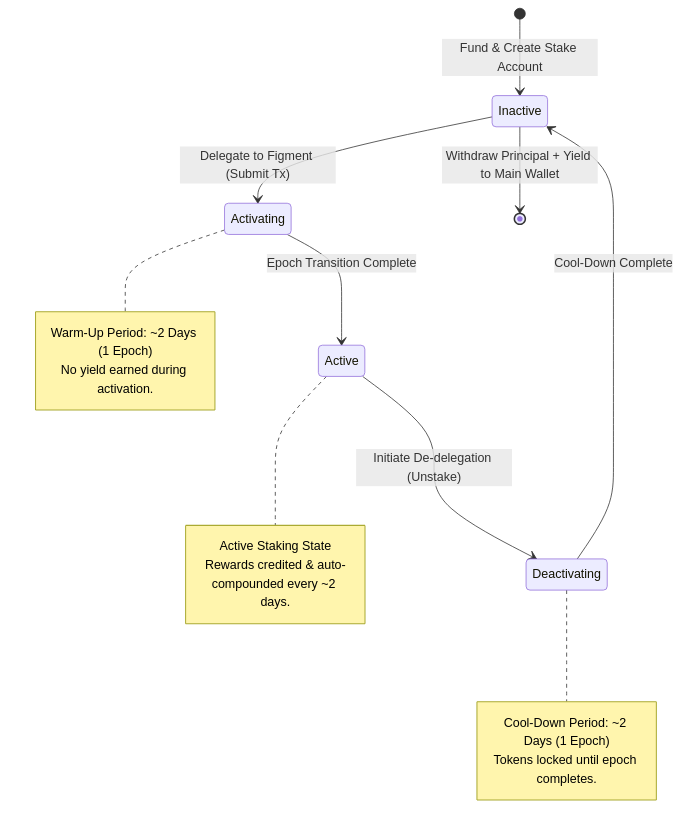
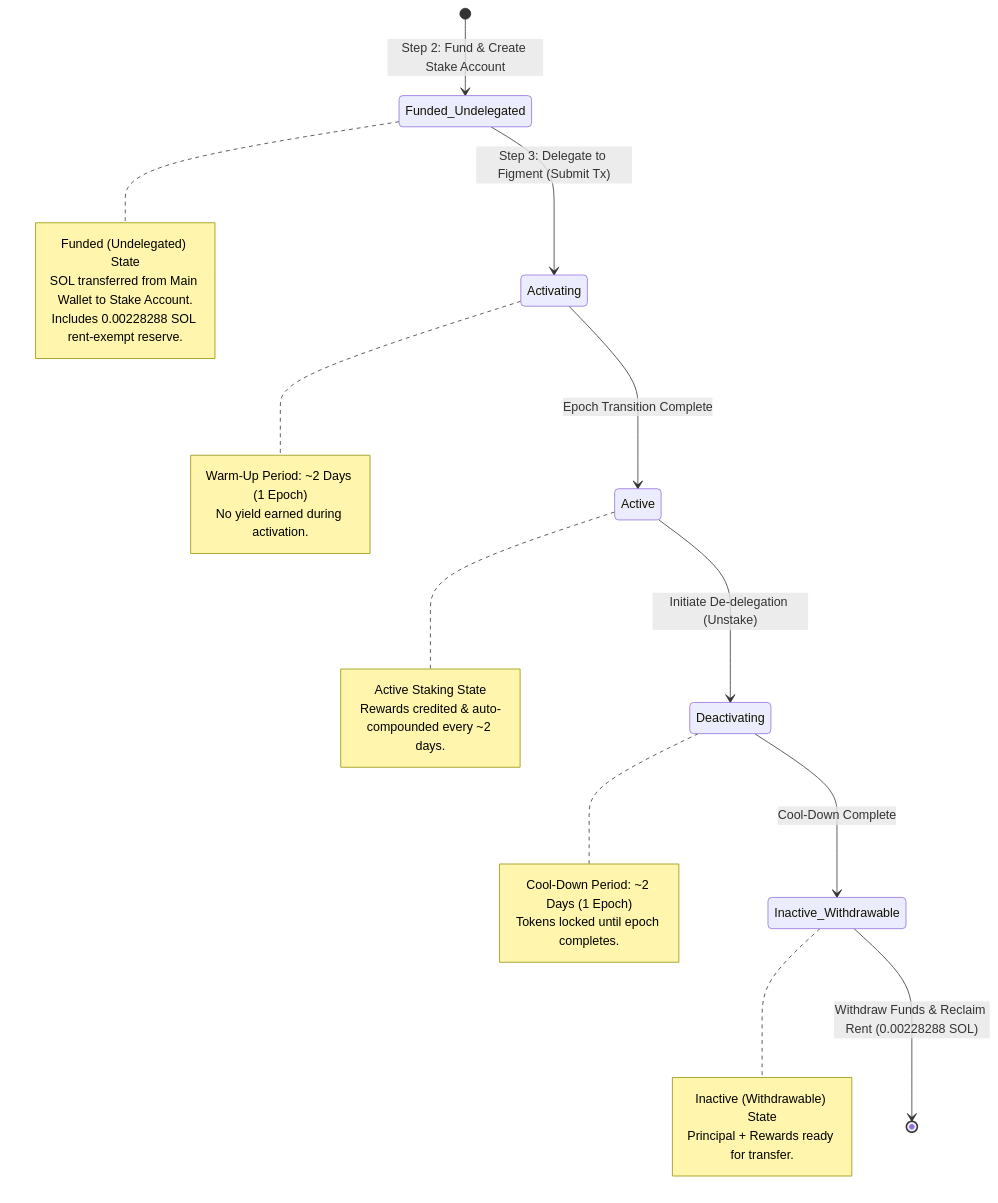
Before and after one commit to Rajwar88/Assign: the diagram in docs/q2-solana-staking-guide.md, drawn with Mermaid. The commit also changed other lines of this file, not shown here.

Commit message:
Apply all 12 critical corrections to Q2 Solana Staking Guide (APY standardization, state machine split, rent reclamation)

````diff
--- a/docs/q2-solana-staking-guide.md
+++ b/docs/q2-solana-staking-guide.md
@@ -81,21 +93,30 @@
 ```mermaid
 stateDiagram-v2
-    [*] --> Inactive: Fund & Create Stake Account
-    Inactive --> Activating: Delegate to Figment (Submit Tx)
+    [*] --> Funded_Undelegated: Step 2: Fund & Create Stake Account
+    note right of Funded_Undelegated
+      Funded (Undelegated) State
+      SOL transferred from Main Wallet to Stake Account.
+      Includes 0.00228288 SOL rent-exempt reserve.
+    end note
+    Funded_Undelegated --> Activating: Step 3: Delegate to Figment (Submit Tx)
     note right of Activating
       Warm-Up Period: ~2 Days (1 Epoch)
       No yield earned during activation.
     end note
     Activating --> Active: Epoch Transition Complete
     note right of Active
       Active Staking State
       Rewards credited & auto-compounded every ~2 days.
     end note
     Active --> Deactivating: Initiate De-delegation (Unstake)
     note right of Deactivating
       Cool-Down Period: ~2 Days (1 Epoch)
       Tokens locked until epoch completes.
     end note
-    Deactivating --> Inactive: Cool-Down Complete
-    Inactive --> [*]: Withdraw Principal + Yield to Main Wallet
+    Deactivating --> Inactive_Withdrawable: Cool-Down Complete
+    note right of Inactive_Withdrawable
+      Inactive (Withdrawable) State
+      Principal + Rewards ready for transfer.
+    end note
+    Inactive_Withdrawable --> [*]: Withdraw Funds & Reclaim Rent (0.00228288 SOL)
 ```
````
